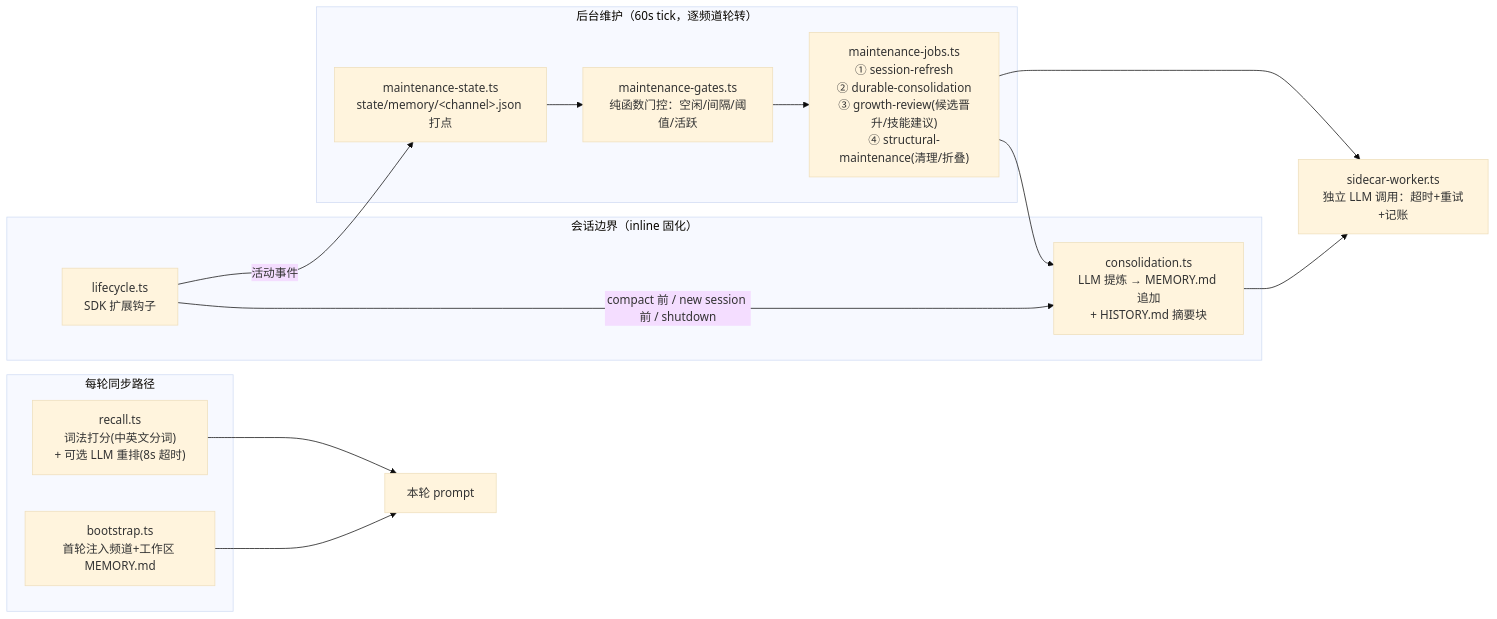
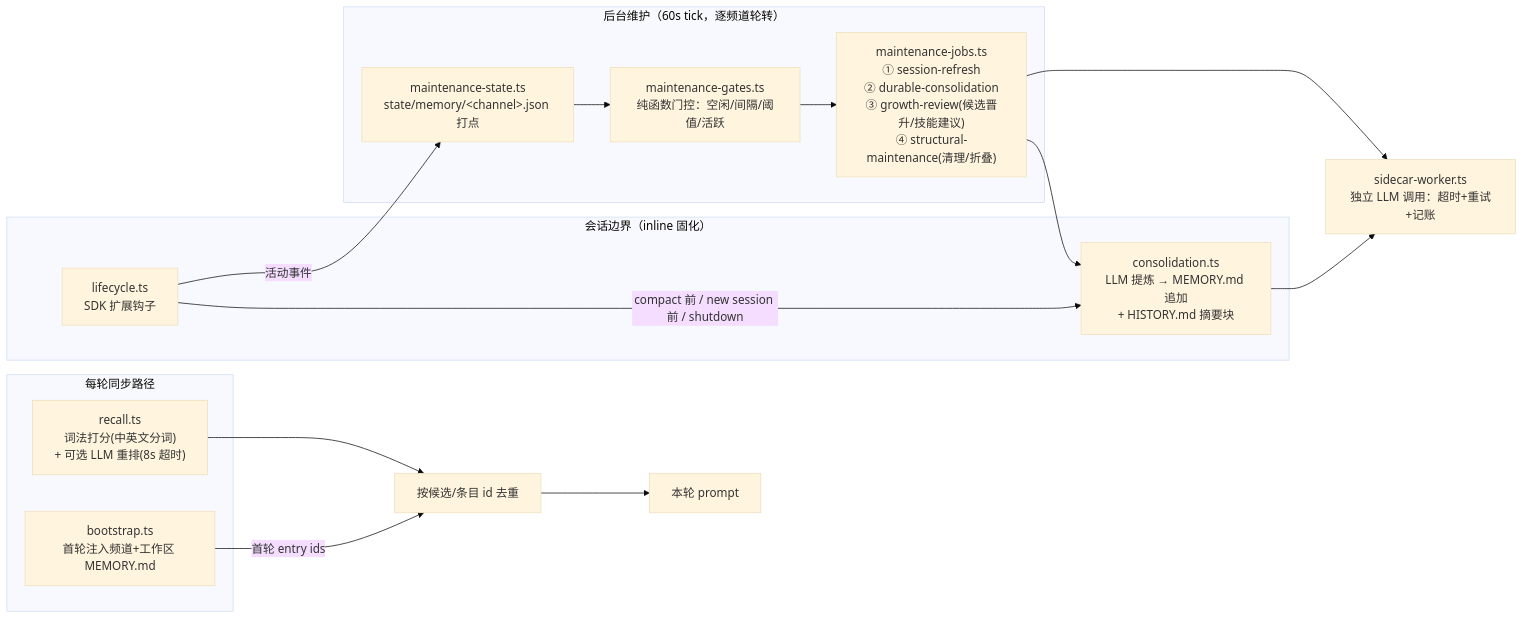
The third of 4 diagrams in docs/architecture.md (oyasmi/pipiclaw), drawn with Mermaid (base theme) before and after one commit. The commit also changed other lines of this file and 34 other files, not shown here.

````diff
--- a/docs/architecture.md
+++ b/docs/architecture.md
@@ -184,28 +186,28 @@
 ```mermaid
 flowchart LR
     subgraph turn [每轮同步路径]
         RECALL["recall.ts<br/>词法打分(中英文分词)<br/>+ 可选 LLM 重排(8s 超时)"]
         BOOT["bootstrap.ts<br/>首轮注入频道+工作区 MEMORY.md"]
     end
 
     subgraph boundary [会话边界（inline 固化）]
         LC["lifecycle.ts<br/>SDK 扩展钩子"]
         CONS["consolidation.ts<br/>LLM 提炼 → MEMORY.md 追加<br/>+ HISTORY.md 摘要块"]
     end
 
     subgraph sched [后台维护（60s tick，逐频道轮转）]
         GATES["maintenance-gates.ts<br/>纯函数门控：空闲/间隔/阈值/活跃"]
         JOBS["maintenance-jobs.ts<br/>① session-refresh<br/>② durable-consolidation<br/>③ growth-review(候选晋升/技能建议)<br/>④ structural-maintenance(清理/折叠)"]
         STATE["maintenance-state.ts<br/>state/memory/&lt;channel&gt;.json 打点"]
     end
 
     SIDE["sidecar-worker.ts<br/>独立 LLM 调用：超时+重试+记账"]
 
-    BOOT --> PROMPT[本轮 prompt]
-    RECALL --> PROMPT
+    BOOT -->|首轮 entry ids| DEDUPE[按候选/条目 id 去重]
+    RECALL --> DEDUPE --> PROMPT[本轮 prompt]
     LC -->|compact 前 / new session 前 / shutdown| CONS
     GATES --> JOBS --> CONS
     JOBS --> SIDE
     CONS --> SIDE
     LC -->|活动事件| STATE --> GATES
 ```
````
